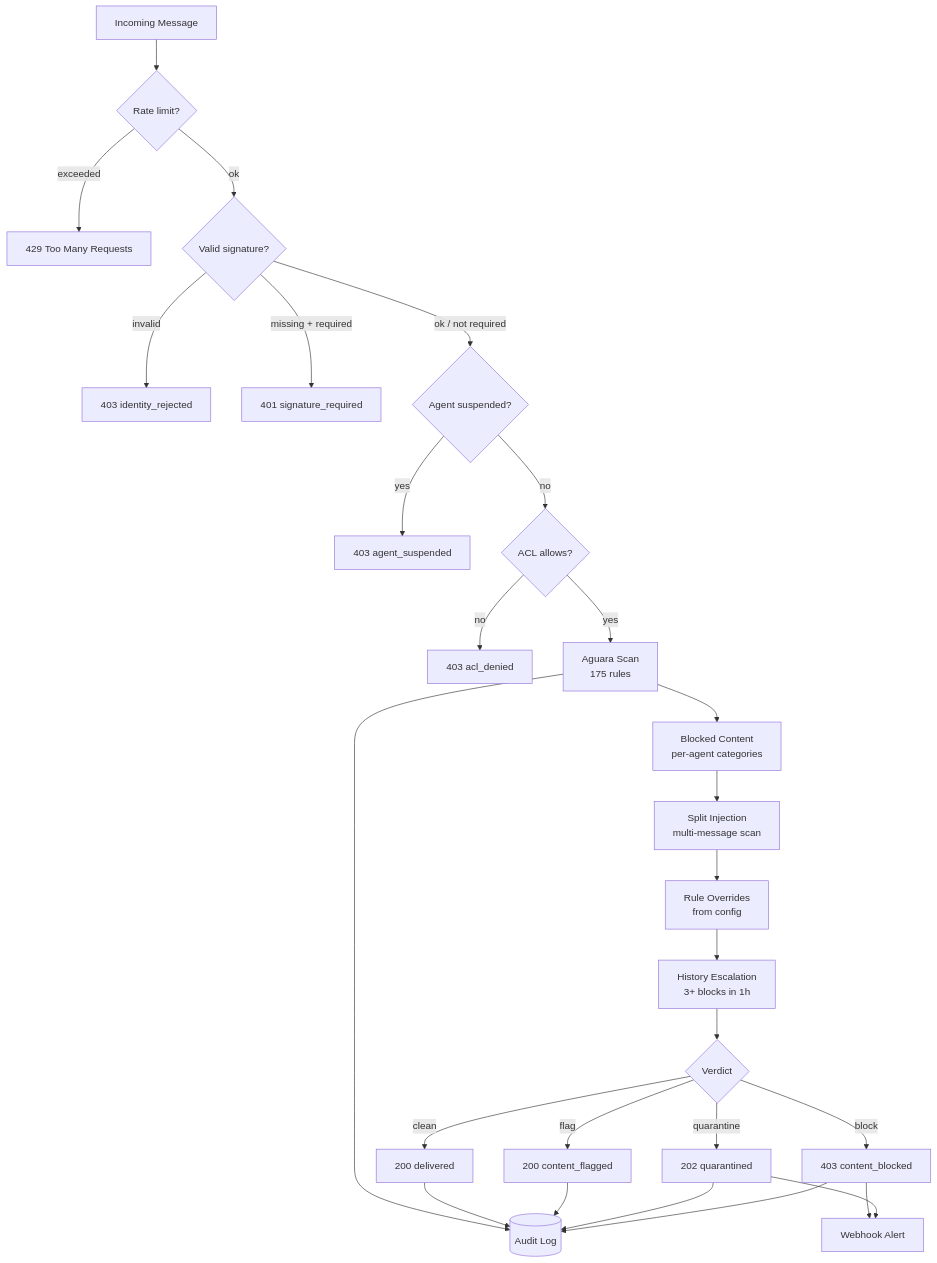
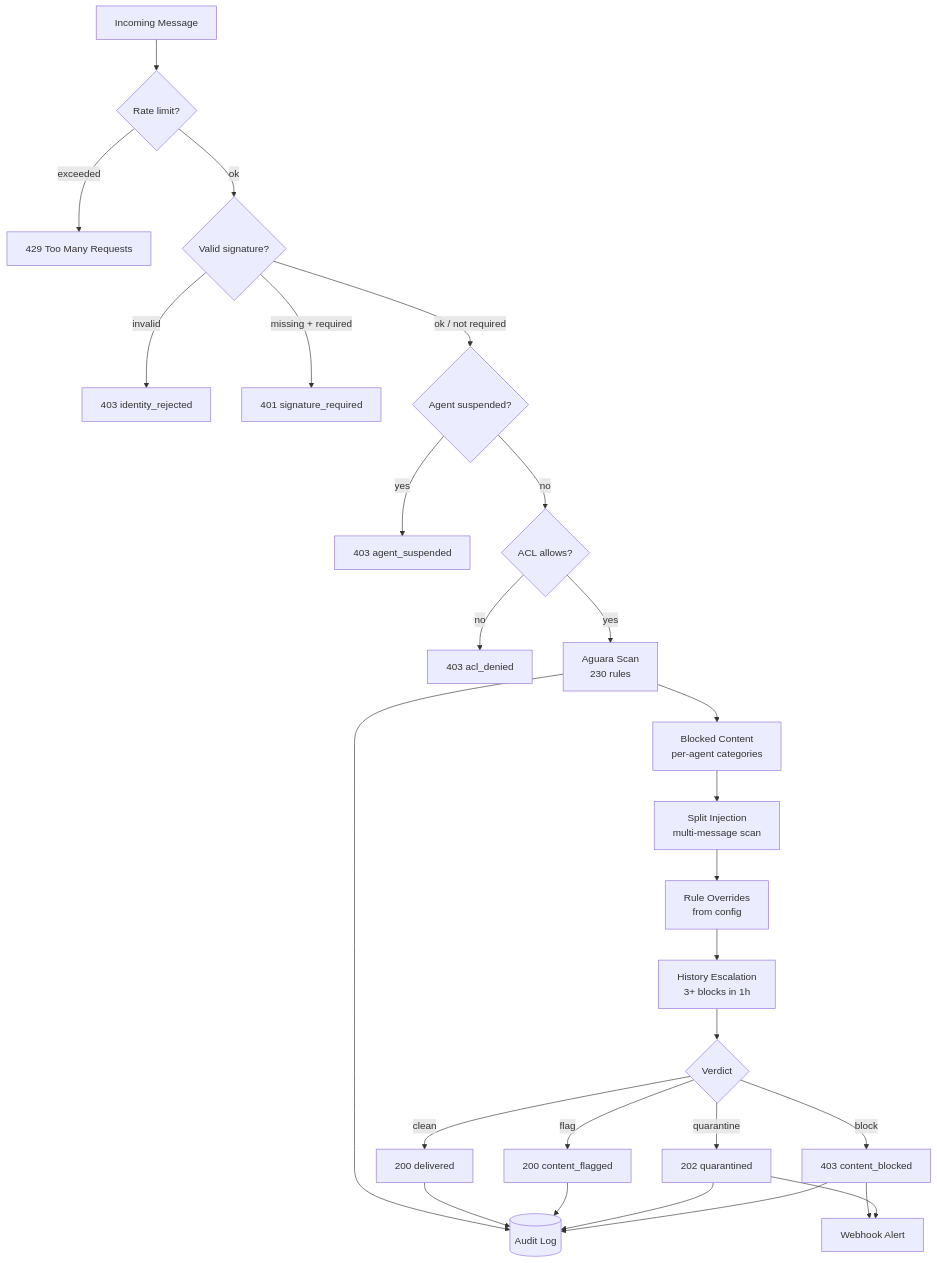
Before and after one commit to oktsec/oktsec: the second of 6 diagrams in documentation/architecture.md, drawn with Mermaid. The commit also changed other lines of this file and 21 other files, not shown here.

````diff
--- a/documentation/architecture.md
+++ b/documentation/architecture.md
@@ -58,30 +58,30 @@
 ```mermaid
 flowchart TD
     msg[Incoming Message] --> rl{Rate limit?}
     rl -->|exceeded| r429[429 Too Many Requests]
     rl -->|ok| sig{Valid signature?}
     sig -->|invalid| r403a[403 identity_rejected]
     sig -->|missing + required| r401[401 signature_required]
     sig -->|ok / not required| sus{Agent suspended?}
     sus -->|yes| r403b[403 agent_suspended]
     sus -->|no| acl{ACL allows?}
     acl -->|no| r403c[403 acl_denied]
-    acl -->|yes| scan[Aguara Scan<br>175 rules]
+    acl -->|yes| scan[Aguara Scan<br>230 rules]
     scan --> bc[Blocked Content<br>per-agent categories]
     bc --> split[Split Injection<br>multi-message scan]
     split --> override[Rule Overrides<br>from config]
     override --> hist[History Escalation<br>3+ blocks in 1h]
     hist --> verdict{Verdict}
     verdict -->|clean| v200[200 delivered]
     verdict -->|flag| v200f[200 content_flagged]
     verdict -->|quarantine| v202[202 quarantined]
     verdict -->|block| v403[403 content_blocked]
 
     scan --> audit[(Audit Log)]
     v200 --> audit
     v200f --> audit
     v202 --> audit
     v403 --> audit
     v403 --> webhook[Webhook Alert]
     v202 --> webhook
 ```
````
